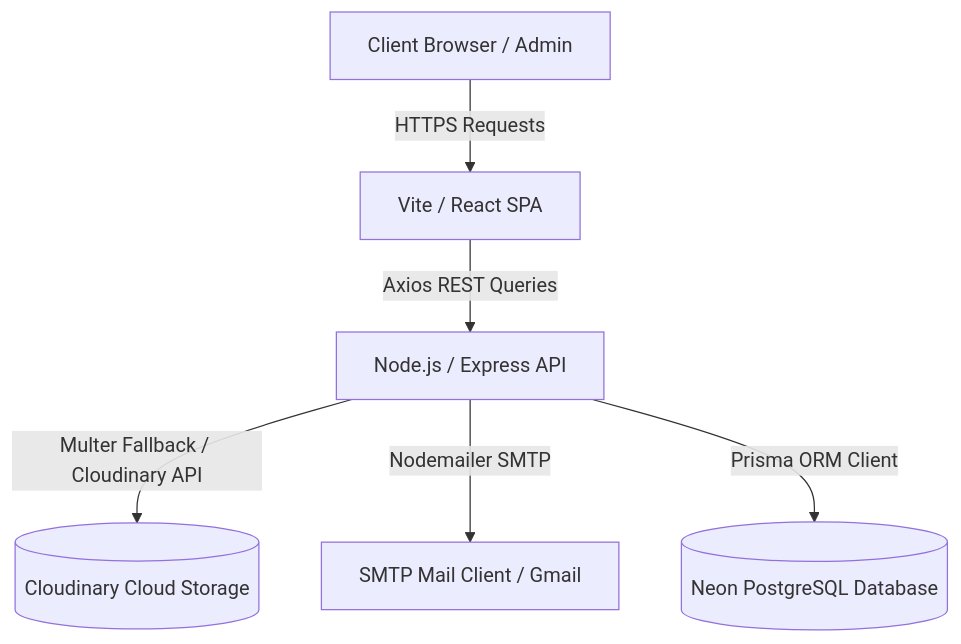
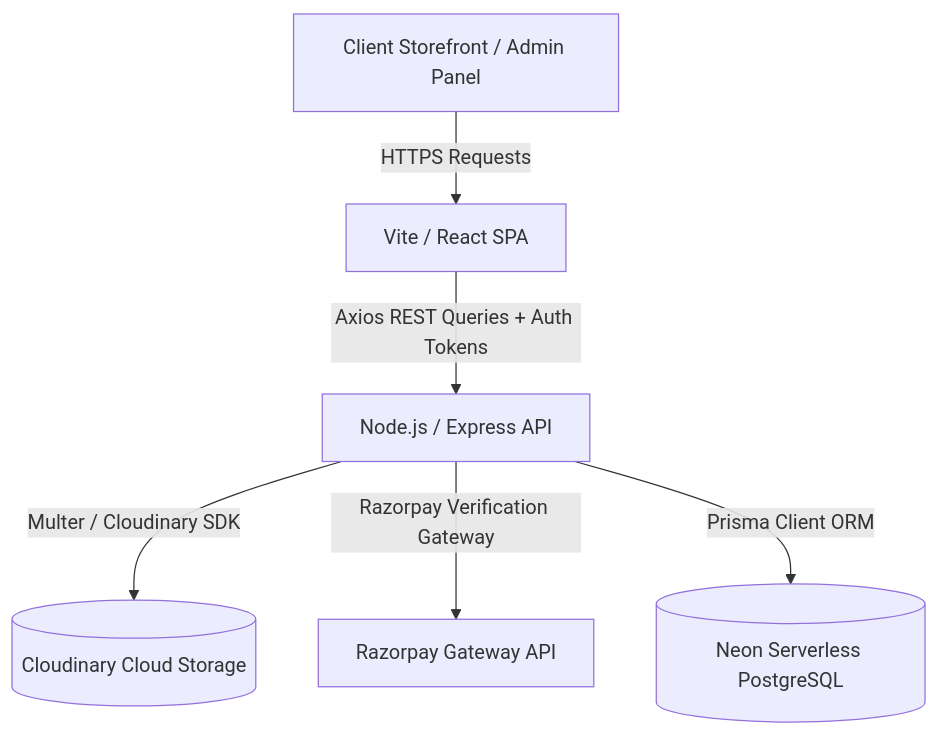
One commit to selvadhanush/G-tech changed the diagram in README.md. Above: the diagram before and after it, drawn with Mermaid. The commit also changed other lines of this file and 46 other files, not shown here.

````diff
--- a/README.md
+++ b/README.md
@@ -11,8 +11,8 @@
 ```mermaid
 graph TD
-  User[Client Browser / Admin] -->|HTTPS Requests| FE[Vite / React SPA]
-  FE -->|Axios REST Queries| BE[Node.js / Express API]
-  BE -->|Multer Fallback / Cloudinary API| Cloudinary[(Cloudinary Cloud Storage)]
-  BE -->|Nodemailer SMTP| SMTP[SMTP Mail Client / Gmail]
-  BE -->|Prisma ORM Client| DB[(Neon PostgreSQL Database)]
+  User[Client Storefront / Admin Panel] -->|HTTPS Requests| FE[Vite / React SPA]
+  FE -->|Axios REST Queries + Auth Tokens| BE[Node.js / Express API]
+  BE -->|Multer / Cloudinary SDK| Cloudinary[(Cloudinary Cloud Storage)]
+  BE -->|Razorpay Verification Gateway| Razorpay[Razorpay Gateway API]
+  BE -->|Prisma Client ORM| DB[(Neon Serverless PostgreSQL)]
 ```
````
